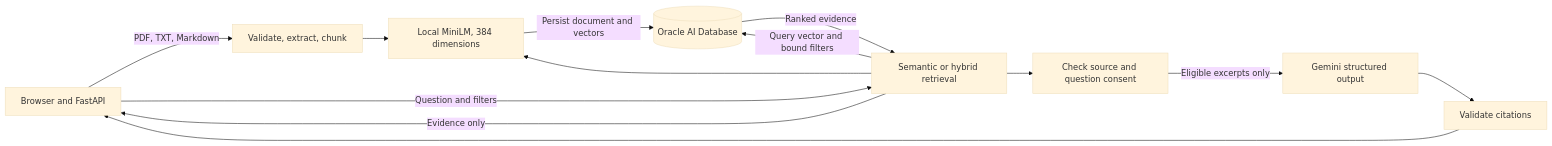
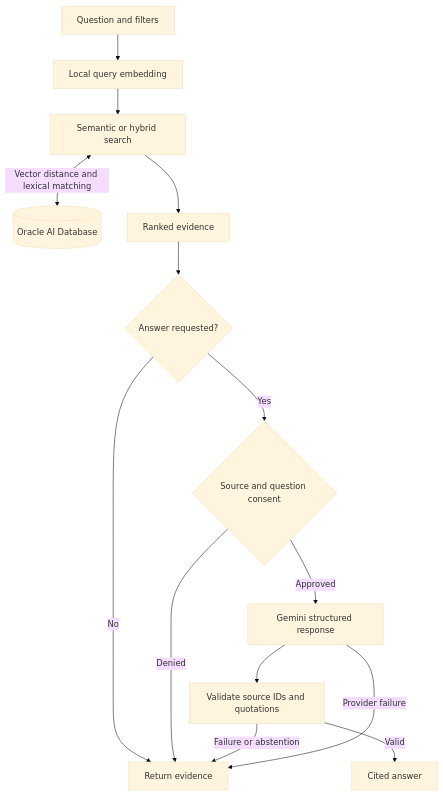
One commit to SamayJain8/technical-knowledge-workspace changed the second of 2 diagrams in README.md. Above: the diagram before and after it, drawn with Mermaid (base theme). The commit also changed other lines of this file, not shown here.

Commit message:
Revise README to highlight architecture, features and evaluation

````diff
--- a/README.md
+++ b/README.md
@@ -48,15 +36,16 @@
 ```mermaid
-flowchart LR
-    UI["Browser and FastAPI"] -->|"PDF, TXT, Markdown"| P["Validate, extract, chunk"]
-    P --> E["Local MiniLM, 384 dimensions"]
-    E -->|"Persist document and vectors"| O[("Oracle AI Database")]
-    UI -->|"Question and filters"| R["Semantic or hybrid retrieval"]
-    R --> E
-    R -->|"Query vector and bound filters"| O
-    O -->|"Ranked evidence"| R
-    R -->|"Evidence only"| UI
-    R --> C["Check source and question consent"]
-    C -->|"Eligible excerpts only"| G["Gemini structured output"]
-    G --> V["Validate citations"]
-    V --> UI
+flowchart TD
+    Q["Question and filters"] --> E["Local query embedding"]
+    E --> R["Semantic or hybrid search"]
+    R <-->|"Vector distance and lexical matching"| O[("Oracle AI Database")]
+    R --> H["Ranked evidence"]
+    H --> M{"Answer requested?"}
+    M -->|No| S["Return evidence"]
+    M -->|Yes| C{"Source and question consent"}
+    C -->|Denied| S
+    C -->|Approved| G["Gemini structured response"]
+    G --> V["Validate source IDs and quotations"]
+    V -->|Valid| A["Cited answer"]
+    V -->|Failure or abstention| S
+    G -->|Provider failure| S
 ```
````
